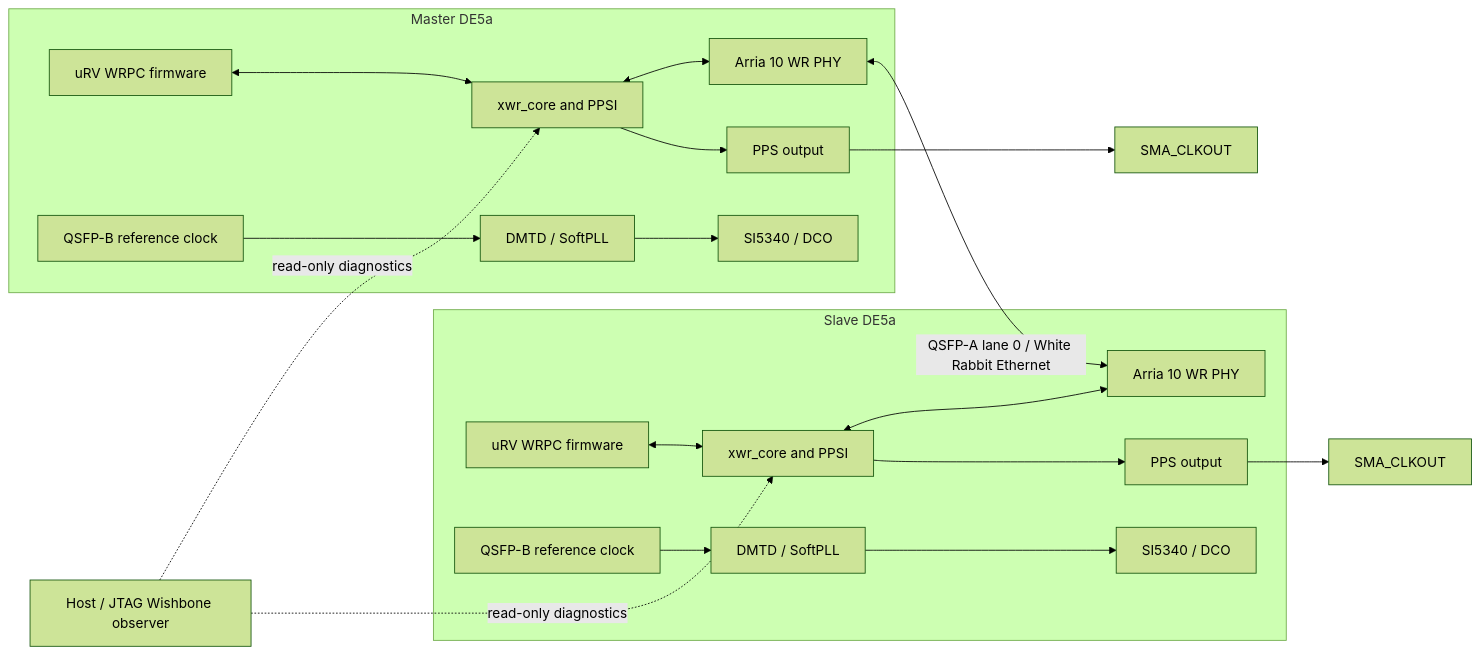
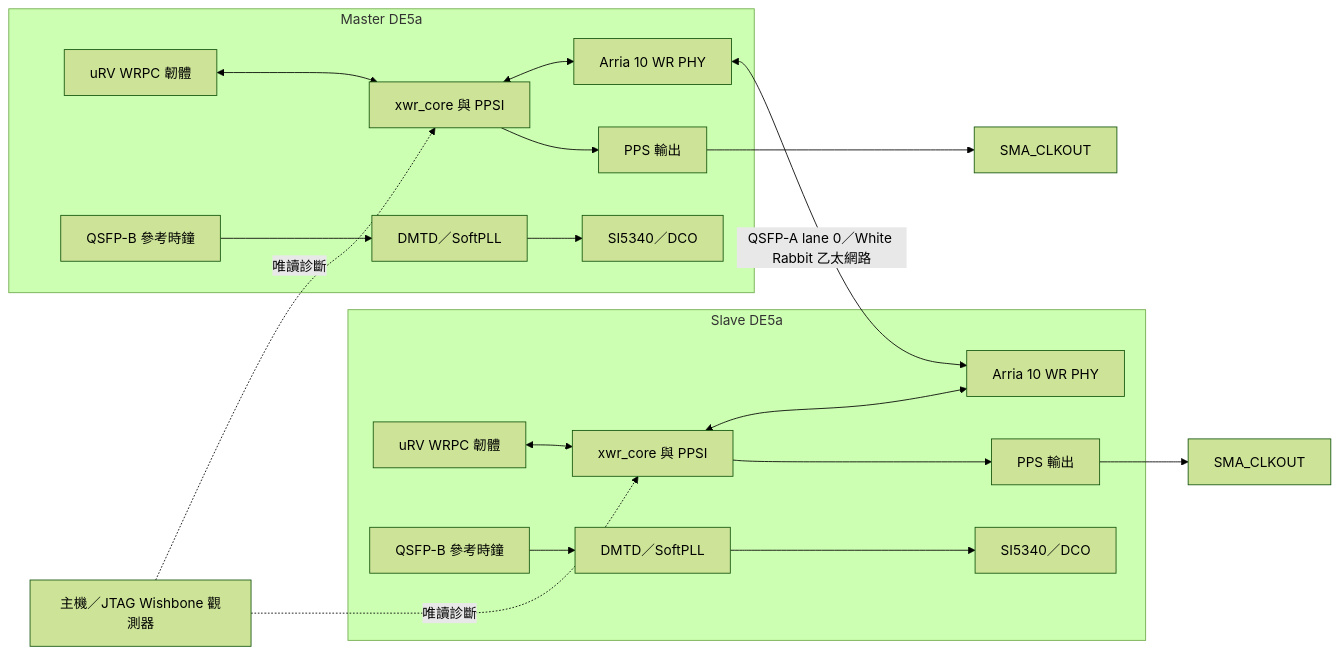
Before and after one commit to t5512355123/WR: the diagram in README.md, drawn with Mermaid (forest theme). The commit also changed other lines of this file, not shown here.

````diff
--- a/README.md
+++ b/README.md
@@ -417,22 +479,22 @@
 ```mermaid
 flowchart LR
-  subgraph M[Master DE5a]
-    MCPU[uRV WRPC firmware] <--> MCORE[xwr_core and PPSI]
-    MCORE <--> MPHYS[Arria 10 WR PHY]
-    MREF[QSFP-B reference clock] --> MDMTD[DMTD / SoftPLL]
-    MDMTD --> MDCO[SI5340 / DCO]
-    MCORE --> MPPS[PPS output]
+  subgraph M["Master DE5a"]
+    MCPU["uRV WRPC 韌體"] <--> MCORE["xwr_core 與 PPSI"]
+    MCORE <--> MPHYS["Arria 10 WR PHY"]
+    MREF["QSFP-B 參考時鐘"] --> MDMTD["DMTD／SoftPLL"]
+    MDMTD --> MDCO["SI5340／DCO"]
+    MCORE --> MPPS["PPS 輸出"]
   end
-  subgraph S[Slave DE5a]
-    SCPU[uRV WRPC firmware] <--> SCORE[xwr_core and PPSI]
-    SCORE <--> SPHYS[Arria 10 WR PHY]
-    SREF[QSFP-B reference clock] --> SDMTD[DMTD / SoftPLL]
-    SDMTD --> SDCO[SI5340 / DCO]
-    SCORE --> SPPS[PPS output]
+  subgraph S["Slave DE5a"]
+    SCPU["uRV WRPC 韌體"] <--> SCORE["xwr_core 與 PPSI"]
+    SCORE <--> SPHYS["Arria 10 WR PHY"]
+    SREF["QSFP-B 參考時鐘"] --> SDMTD["DMTD／SoftPLL"]
+    SDMTD --> SDCO["SI5340／DCO"]
+    SCORE --> SPPS["PPS 輸出"]
   end
-  MPHYS <-->|QSFP-A lane 0 / White Rabbit Ethernet| SPHYS
-  JTAG[Host / JTAG Wishbone observer] -. read-only diagnostics .-> MCORE
-  JTAG -. read-only diagnostics .-> SCORE
-  MPPS --> MSMA[SMA_CLKOUT]
-  SPPS --> SSMA[SMA_CLKOUT]
+  MPHYS <-->|QSFP-A lane 0／White Rabbit 乙太網路| SPHYS
+  JTAG["主機／JTAG Wishbone 觀測器"] -. 唯讀診斷 .-> MCORE
+  JTAG -. 唯讀診斷 .-> SCORE
+  MPPS --> MSMA["SMA_CLKOUT"]
+  SPPS --> SSMA["SMA_CLKOUT"]
 ```
````
